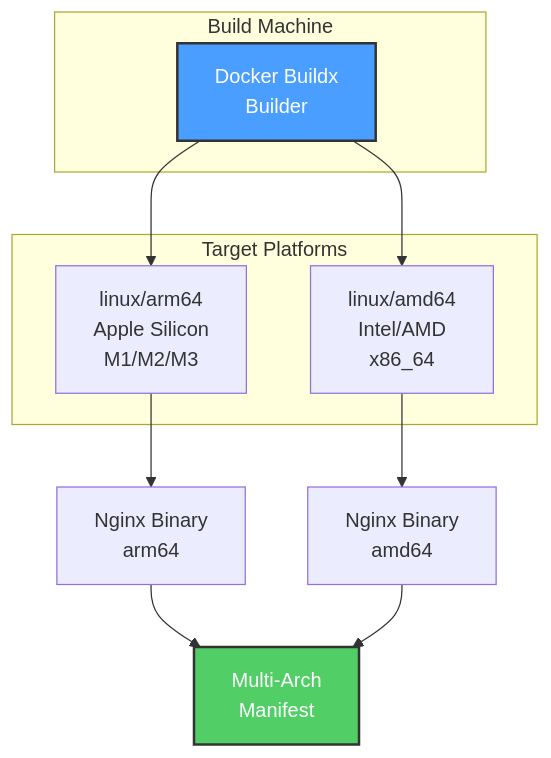
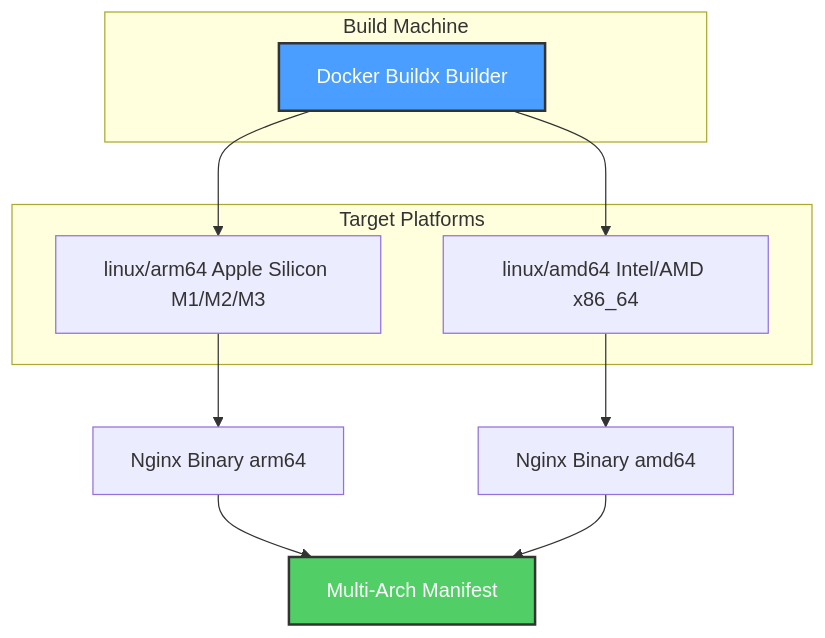
One commit to softwarewrighter/dev-proxy changed the eighth of 16 diagrams in wiki/Build-Process.md. Above: the diagram before and after it, drawn with Mermaid. The commit also changed other lines of this file and 6 other files, not shown here.

First line of the commit message:
Fix wiki Mermaid diagrams: remove <br/> tags

````diff
--- a/wiki/Build-Process.md
+++ b/wiki/Build-Process.md
@@ -338,23 +338,23 @@
 ```mermaid
 graph TB
     subgraph "Build Machine"
-        Buildx[Docker Buildx<br/>Builder]
+        Buildx[Docker Buildx Builder]
     end
 
     subgraph "Target Platforms"
-        ARM[linux/arm64<br/>Apple Silicon<br/>M1/M2/M3]
-        AMD[linux/amd64<br/>Intel/AMD<br/>x86_64]
+        ARM[linux/arm64 Apple Silicon M1/M2/M3]
+        AMD[linux/amd64 Intel/AMD x86_64]
     end
 
     Buildx --> ARM
     Buildx --> AMD
 
-    ARM --> ARMLayers[Nginx Binary<br/>arm64]
-    AMD --> AMDLayers[Nginx Binary<br/>amd64]
+    ARM --> ARMLayers[Nginx Binary arm64]
+    AMD --> AMDLayers[Nginx Binary amd64]
 
-    ARMLayers --> Manifest[Multi-Arch<br/>Manifest]
+    ARMLayers --> Manifest[Multi-Arch Manifest]
     AMDLayers --> Manifest
 
     style Buildx fill:#4a9eff,stroke:#333,stroke-width:2px,color:#fff
     style Manifest fill:#51cf66,stroke:#333,stroke-width:2px,color:#fff
 ```
````
